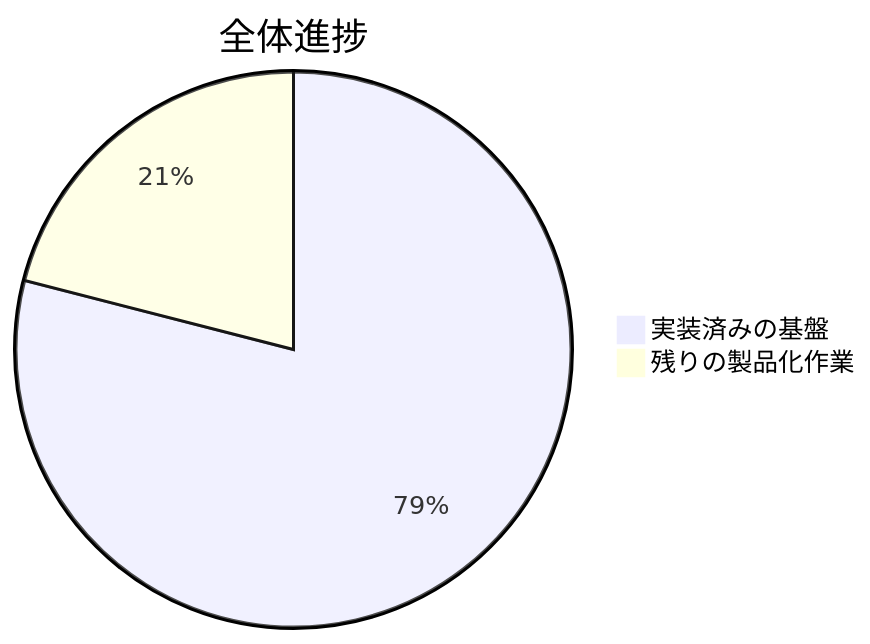
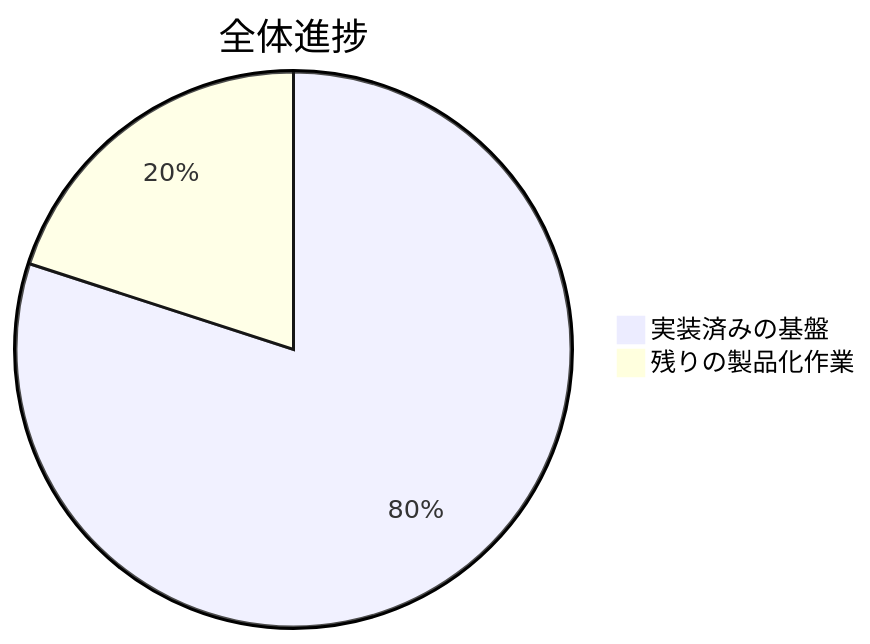
One commit to lingmulongtai/GlyphRay changed the first of 5 diagrams in README.ja.md. Above: the diagram before and after it, drawn with Mermaid. The commit also changed other lines of this file and 17 other files, not shown here.

````diff
--- a/README.ja.md
+++ b/README.ja.md
@@ -15,5 +15,5 @@
 ```mermaid
 pie title 全体進捗
-  "実装済みの基盤" : 79
-  "残りの製品化作業" : 21
+  "実装済みの基盤" : 80
+  "残りの製品化作業" : 20
 ```
````
